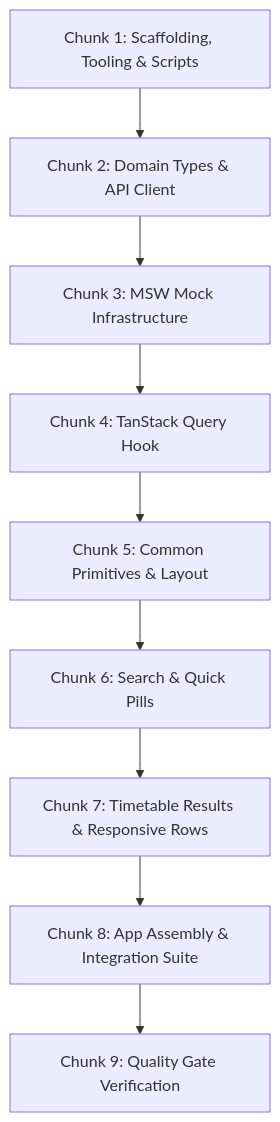
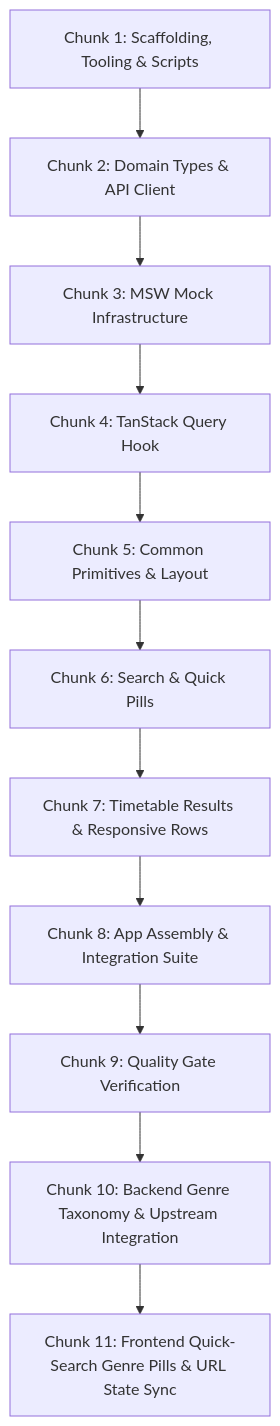
The diagram in client/docs/IMPLEMENTATION_PLAN.md (Foysal94/ElectronicLive), drawn with Mermaid before and after one commit. The commit also changed other lines of this file and 19 other files, not shown here.

First line of the commit message:
feat(client): add genre quick-filter pills and url synchronization (#38)

````diff
--- a/client/docs/IMPLEMENTATION_PLAN.md
+++ b/client/docs/IMPLEMENTATION_PLAN.md
@@ -15,11 +17,13 @@
 ```mermaid
 graph TD
     C1[Chunk 1: Scaffolding, Tooling & Scripts] --> C2[Chunk 2: Domain Types & API Client]
     C2 --> C3[Chunk 3: MSW Mock Infrastructure]
     C3 --> C4[Chunk 4: TanStack Query Hook]
     C4 --> C5[Chunk 5: Common Primitives & Layout]
     C5 --> C6[Chunk 6: Search & Quick Pills]
     C6 --> C7[Chunk 7: Timetable Results & Responsive Rows]
     C7 --> C8[Chunk 8: App Assembly & Integration Suite]
     C8 --> C9[Chunk 9: Quality Gate Verification]
+    C9 --> C10[Chunk 10: Backend Genre Taxonomy & Upstream Integration]
+    C10 --> C11[Chunk 11: Frontend Quick-Search Genre Pills & URL State Sync]
 ```
````
